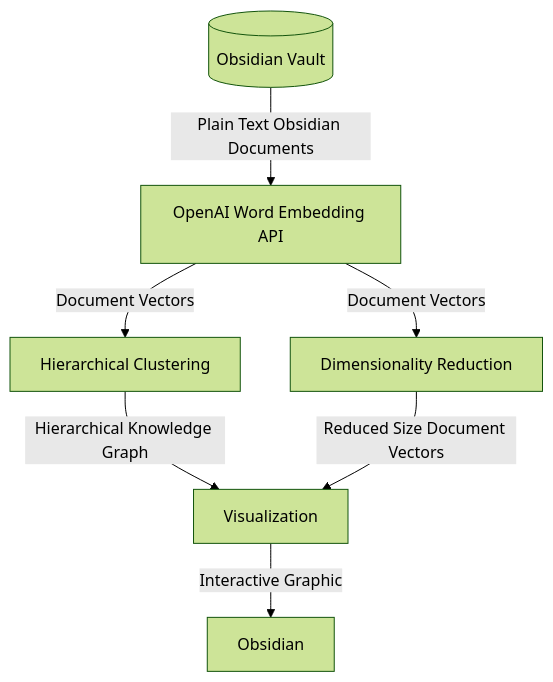
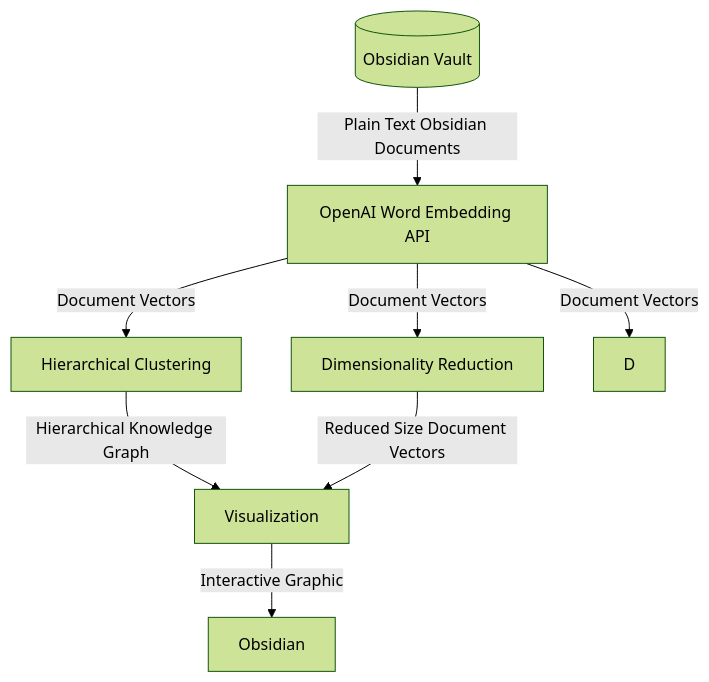
One commit to aidanbx/GraphGurusVault changed the diagram in Garden/System Pipeline.md. Above: the diagram before and after it, drawn with Mermaid (forest theme). The commit also changed other lines of this file, not shown here.

Commit message:
Aidan vault backup: 2023-02-07 12:56:35

````diff
--- a/Garden/System Pipeline.md
+++ b/Garden/System Pipeline.md
@@ -1,17 +1,18 @@
 ```mermaid
 graph TD
 
 A[(Obsidian Vault)]
 C[OpenAI Word Embedding API]
 E[Hierarchical Clustering]
 F[Dimensionality Reduction]
 G[Visualization]
 H[Obsidian]
 
 A -->|Plain Text Obsidian Documents| C
+C -->|Document Vectors| D
 C -->|Document Vectors| E
 C -->|Document Vectors| F
 E -->|Hierarchical Knowledge Graph| G
 F -->|Reduced Size Document Vectors| G
 G -->|Interactive Graphic| H
 ```
````
